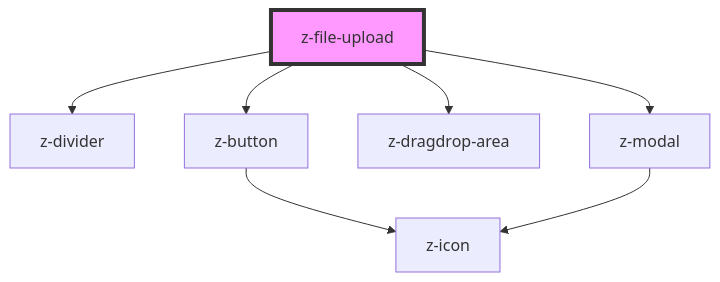
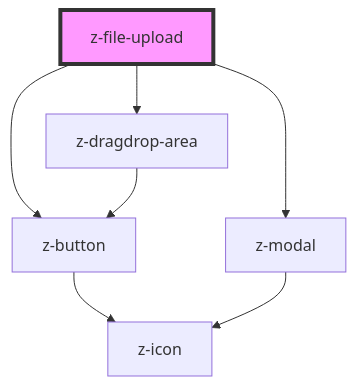
Before and after one commit to ZanichelliEditore/design-system: the diagram in src/components/file-upload/z-file-upload/readme.md, drawn with Mermaid. The commit also changed other lines of this file and 13 other files, not shown here.

````diff
--- a/src/components/file-upload/z-file-upload/readme.md
+++ b/src/components/file-upload/z-file-upload/readme.md
@@ -74,10 +75,10 @@
 ```mermaid
 graph TD;
-  z-file-upload --> z-divider
   z-file-upload --> z-button
   z-file-upload --> z-dragdrop-area
   z-file-upload --> z-modal
   z-button --> z-icon
+  z-dragdrop-area --> z-button
   z-modal --> z-icon
   style z-file-upload fill:#f9f,stroke:#333,stroke-width:4px
 ```
````
